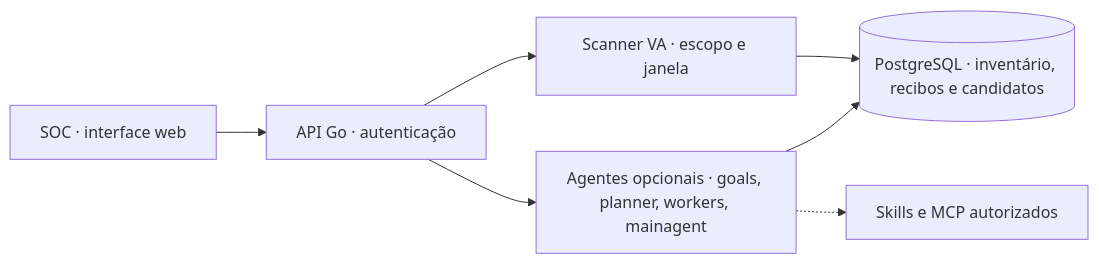
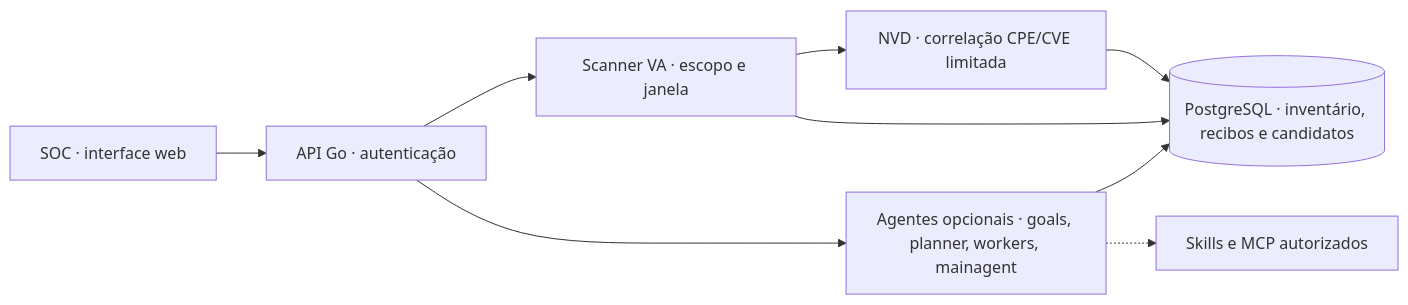
One commit to MTheux/it4us-va changed the diagram in README.md. Above: the diagram before and after it, drawn with Mermaid. The commit also changed other lines of this file and 9 other files, not shown here.

````diff
--- a/README.md
+++ b/README.md
@@ -89,9 +89,11 @@
 ```mermaid
 flowchart LR
   SOC["SOC · interface web"] --> API["API Go · autenticação"]
   API --> VA["Scanner VA · escopo e janela"]
-  VA --> DB[("PostgreSQL · inventário, recibos e candidatos")]
+  VA --> NVD["NVD · correlação CPE/CVE limitada"]
+  NVD --> DB[("PostgreSQL · inventário, recibos e candidatos")]
+  VA --> DB
   API --> AG["Agentes opcionais · goals, planner, workers, mainagent"]
   AG --> DB
   AG -.-> MCP["Skills e MCP autorizados"]
 ```
````
